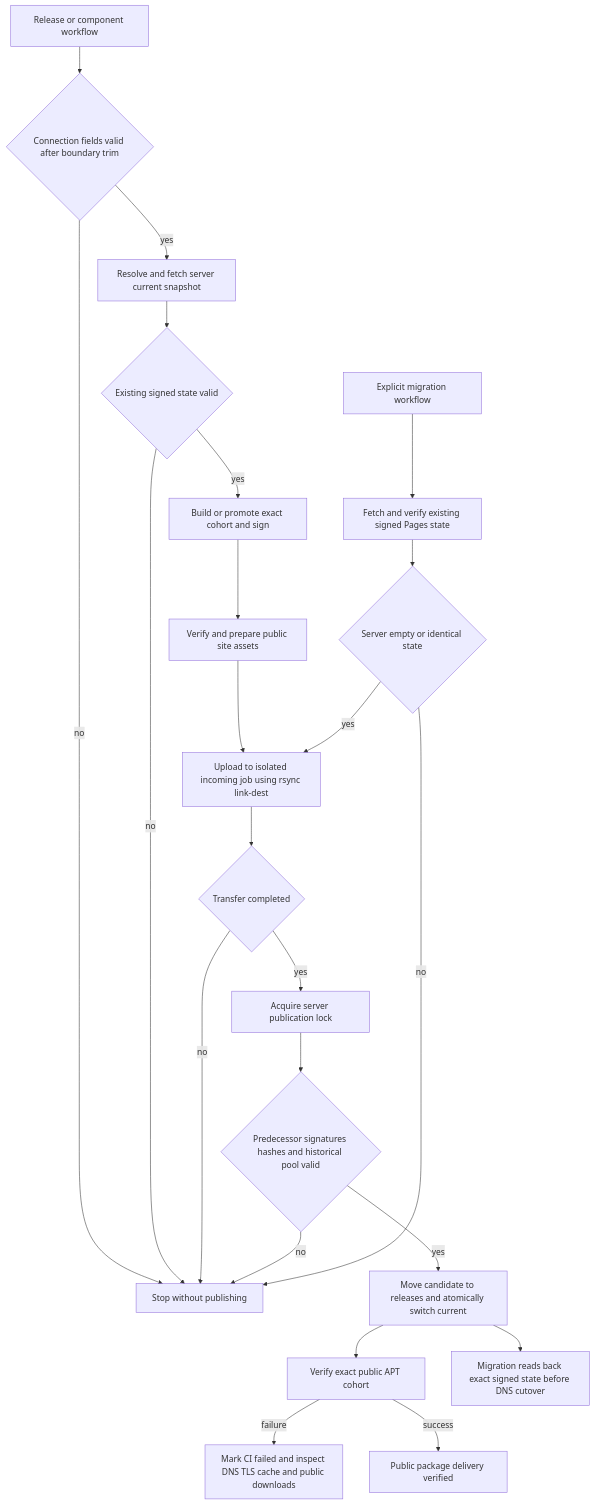
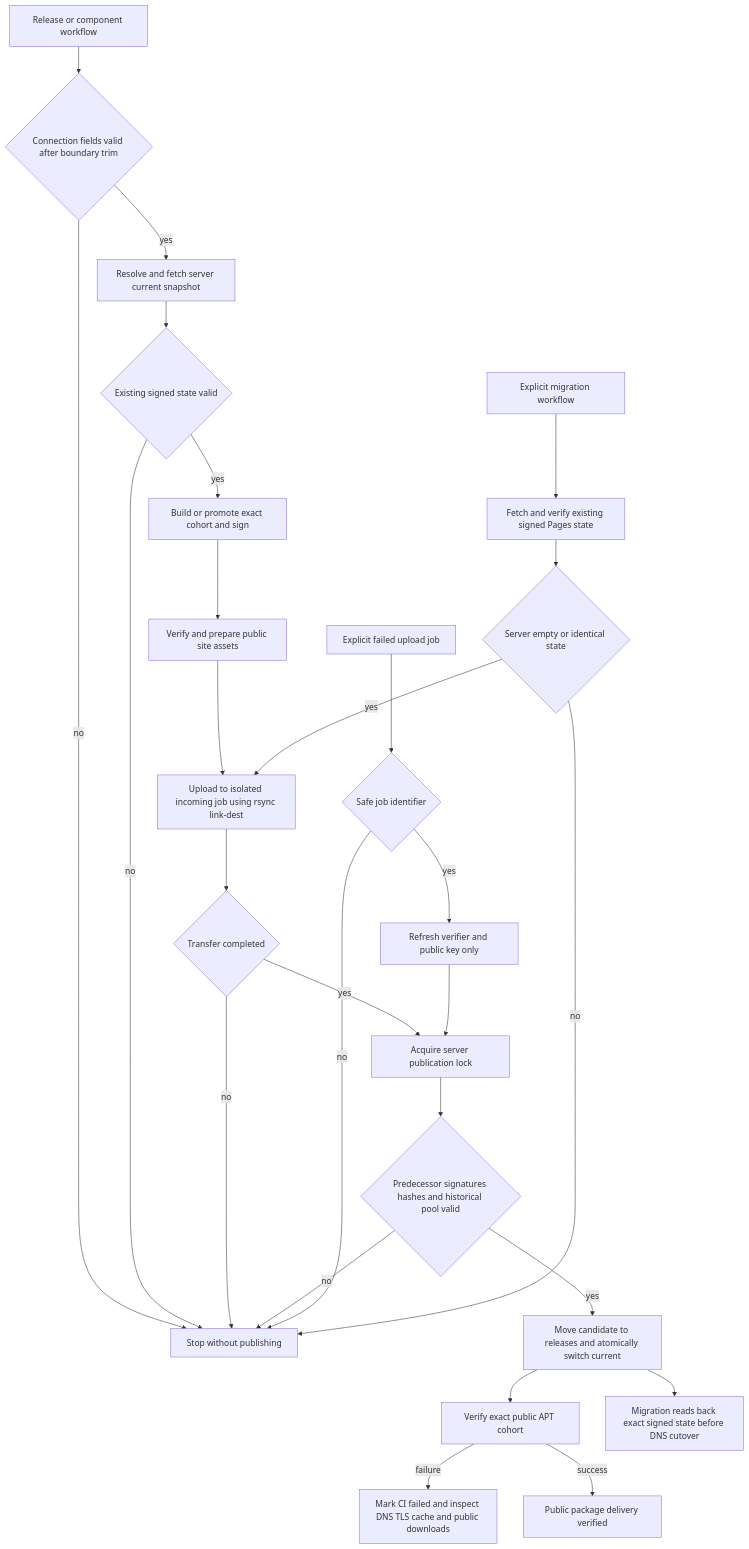
Before and after one commit to dshanpi/dshanpi-build: the diagram in docs/change-records/CR-2026-10-15-direct-ssh-apt-publication.md, drawn with Mermaid. The commit also changed other lines of this file and 1 other file, not shown here.

Commit message:
test(apt): verify portable gpgv output and safe staged retries

````diff
--- a/docs/change-records/CR-2026-10-15-direct-ssh-apt-publication.md
+++ b/docs/change-records/CR-2026-10-15-direct-ssh-apt-publication.md
@@ -72,25 +80,29 @@
 ```mermaid
 flowchart TD
   A[Release or component workflow] --> S{Connection fields valid after boundary trim}
   S -->|no| X[Stop without publishing]
   S -->|yes| B[Resolve and fetch server current snapshot]
   B --> C{Existing signed state valid}
   C -->|no| X
   C -->|yes| D[Build or promote exact cohort and sign]
   D --> E[Verify and prepare public site assets]
   E --> F[Upload to isolated incoming job using rsync link-dest]
   F --> G{Transfer completed}
   G -->|no| X
   G -->|yes| H[Acquire server publication lock]
   H --> I{Predecessor signatures hashes and historical pool valid}
   I -->|no| X
   I -->|yes| J[Move candidate to releases and atomically switch current]
   J --> K[Verify exact public APT cohort]
   K -->|failure| L[Mark CI failed and inspect DNS TLS cache and public downloads]
   K -->|success| M[Public package delivery verified]
+  R[Explicit failed upload job] --> U{Safe job identifier}
+  U -->|no| X
+  U -->|yes| V[Refresh verifier and public key only]
+  V --> H
   N[Explicit migration workflow] --> O[Fetch and verify existing signed Pages state]
   O --> P{Server empty or identical state}
   P -->|no| X
   P -->|yes| F
   J --> Q[Migration reads back exact signed state before DNS cutover]
 ```
````
